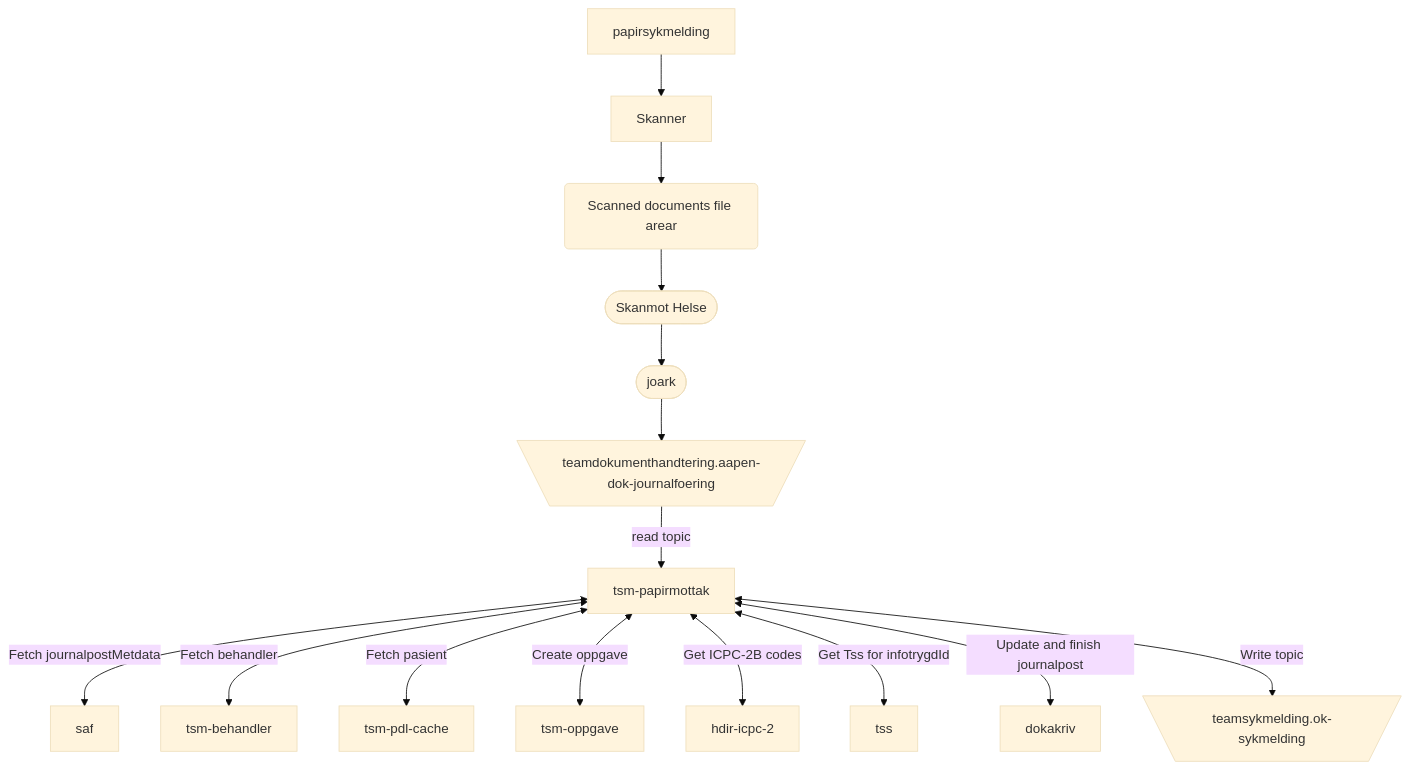
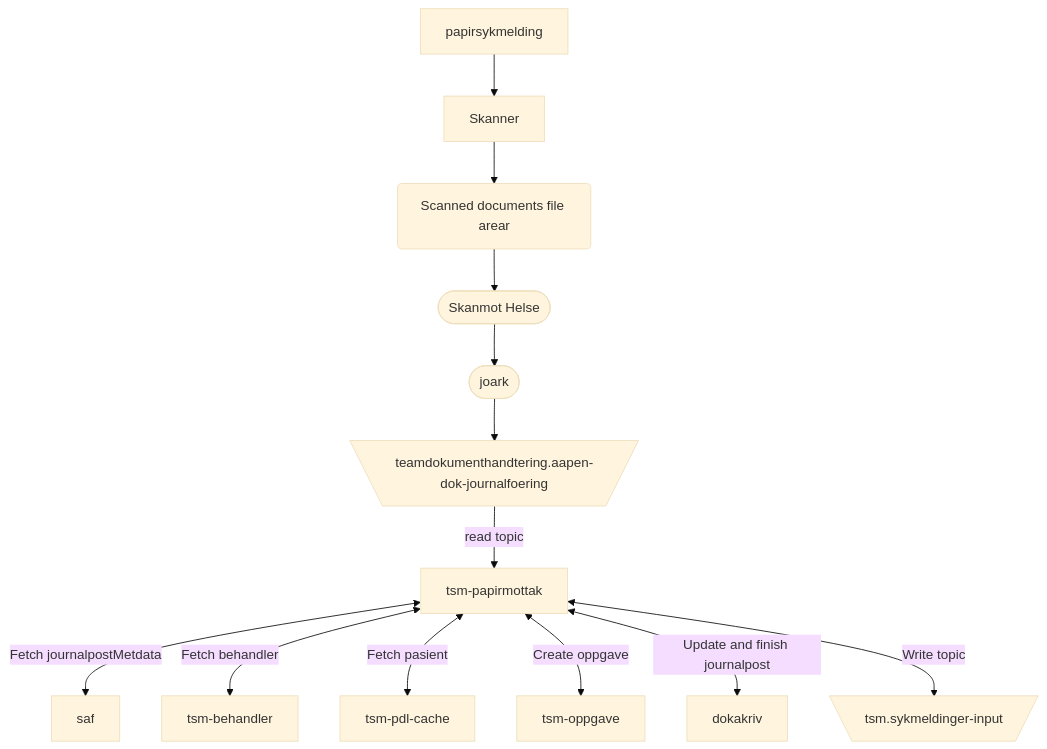
The diagram in README.md (navikt/tsm-papirmottak), drawn with Mermaid (base theme) before and after one commit.

Commit message:
chore: updated FlowChart

````diff
--- a/README.md
+++ b/README.md
@@ -7,18 +7,16 @@
 ```mermaid
   graph TD
     papirsykmelding --> Skanner
     Skanner --> id1(Scanned documents file area)
     id1(Scanned documents file arear) --> id2([Skanmot Helse])
     id2([Skanmot Helse]) --> id3([joark])
     id3([joark]) --> A[\teamdokumenthandtering.aapen-dok-journalfoering/]
     A[\teamdokumenthandtering.aapen-dok-journalfoering/] --> |read topic| id4[tsm-papirmottak]
     id4[tsm-papirmottak] <--> |Fetch journalpostMetdata| id5[saf]
     id4[tsm-papirmottak] <--> |Fetch behandler| id6[tsm-behandler]
     id4[tsm-papirmottak] <--> |Fetch pasient| id7[tsm-pdl-cache]
     id4[tsm-papirmottak] <--> |Create oppgave| id8[tsm-oppgave]
-    id4[tsm-papirmottak] <--> |Get ICPC-2B codes| id9[hdir-icpc-2]
-    id4[tsm-papirmottak] <--> |Get Tss for infotrygdId| id10[tss]
-    id4[tsm-papirmottak] <--> |Update and finish journalpost| id11[dokakriv]
-    id4[tsm-papirmottak] <--> |Write topic| C[\teamsykmelding.ok-sykmelding
+    id4[tsm-papirmottak] <--> |Update and finish journalpost| id10[dokakriv]
+    id4[tsm-papirmottak] <--> |Write topic| C[\tsm.sykmeldinger-input
 /]
 ```
````
